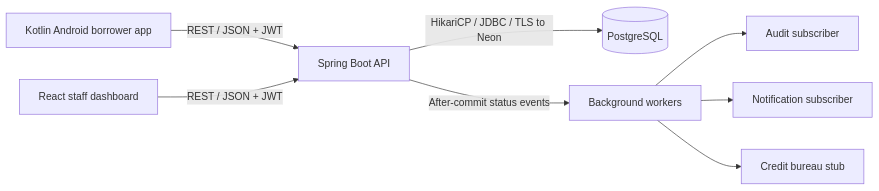
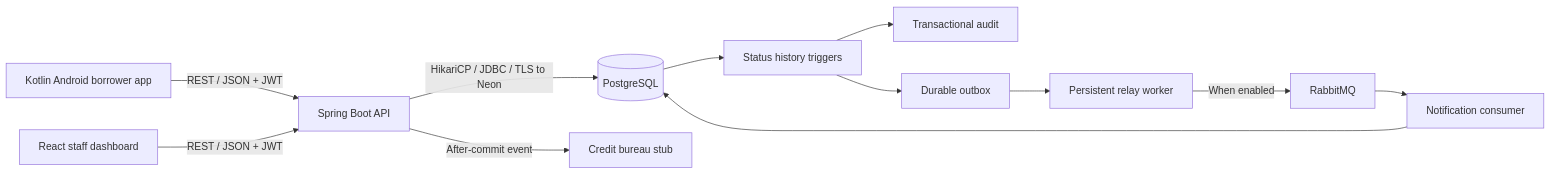
One commit to DenisJunior-3743/Client-server-BSE4 changed the diagram in docs/TASKS-COVERAGE.md. Above: the diagram before and after it, drawn with Mermaid. The commit also changed 4 other files, not shown here.

Commit message:
Document verified database messaging architecture and host setup

````diff
--- a/docs/TASKS-COVERAGE.md
+++ b/docs/TASKS-COVERAGE.md
@@ -7,10 +7,14 @@
 ```mermaid
 flowchart LR
   Android[Kotlin Android borrower app] -->|REST / JSON + JWT| API[Spring Boot API]
   Staff[React staff dashboard] -->|REST / JSON + JWT| API
   API -->|HikariCP / JDBC / TLS to Neon| DB[(PostgreSQL)]
-  API -->|After-commit status events| Workers[Background workers]
-  Workers --> Audit[Audit subscriber]
-  Workers --> Notice[Notification subscriber]
-  Workers --> Credit[Credit bureau stub]
+  DB --> History[Status history triggers]
+  History --> Audit[Transactional audit]
+  History --> Outbox[Durable outbox]
+  Outbox --> Relay[Persistent relay worker]
+  Relay -->|When enabled| Rabbit[RabbitMQ]
+  Rabbit --> Notice[Notification consumer]
+  Notice --> DB
+  API -->|After-commit event| Credit[Credit bureau stub]
 ```
````
